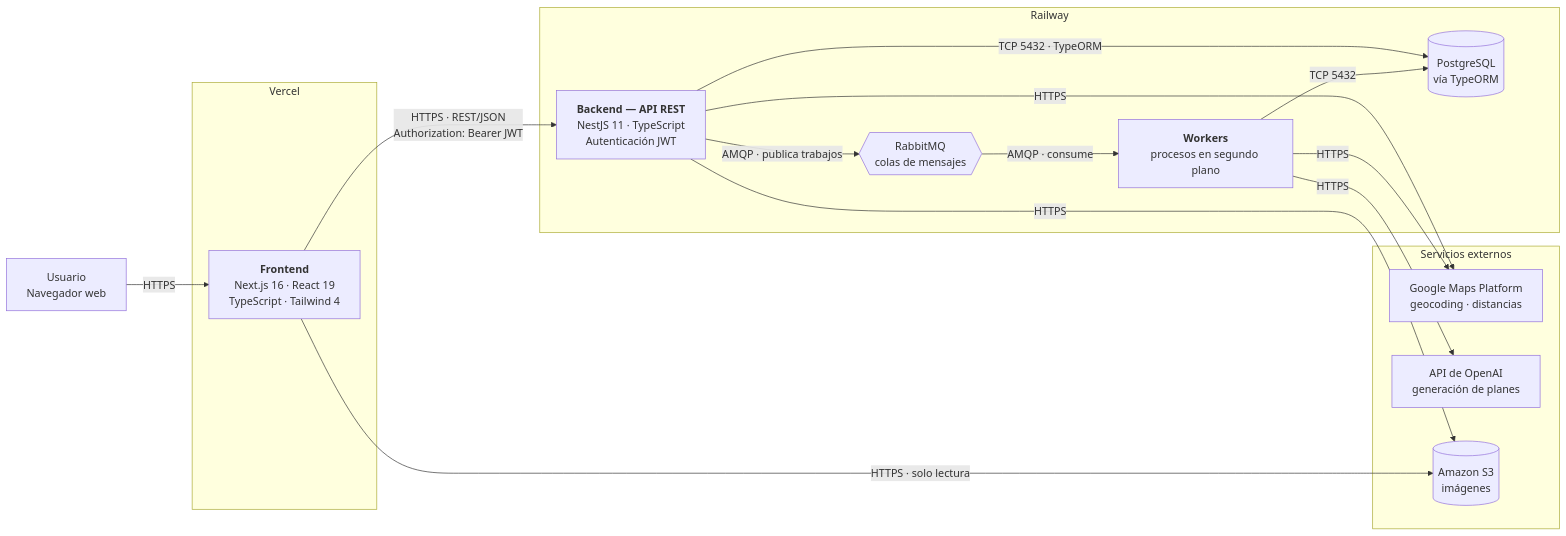
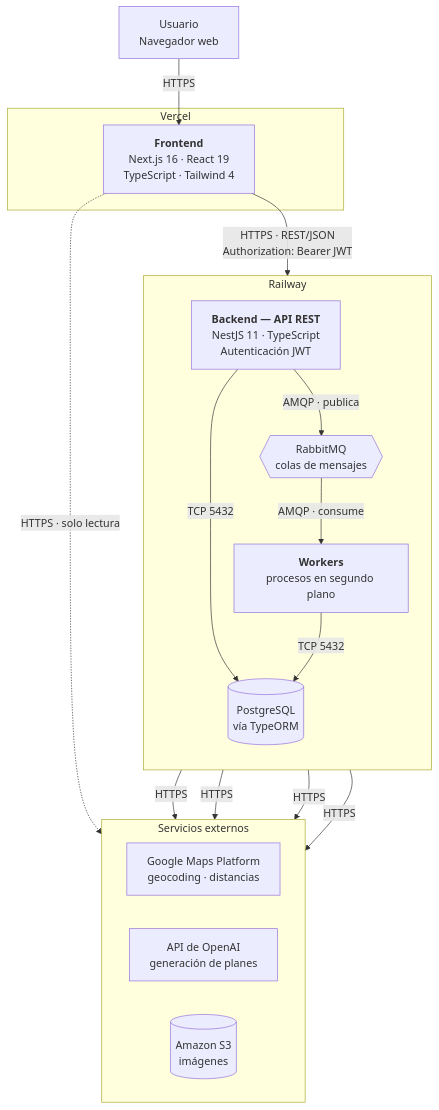
Before and after one commit to SmartPlan-UTN/SmartPlan-front: the diagram in skills/05-arquitectura/SKILL.md, drawn with Mermaid. The commit also changed other lines of this file, not shown here.

Commit message:
Reorientar el diagrama de arquitectura a vertical para que sea legible impreso

````diff
--- a/skills/05-arquitectura/SKILL.md
+++ b/skills/05-arquitectura/SKILL.md
@@ -22,33 +22,35 @@
 ```mermaid
-flowchart LR
+flowchart TB
     U["Usuario<br/>Navegador web"]
 
     subgraph vercel["Vercel"]
         FE["<b>Frontend</b><br/>Next.js 16 · React 19<br/>TypeScript · Tailwind 4"]
     end
 
     subgraph railway["Railway"]
+        direction TB
         BE["<b>Backend — API REST</b><br/>NestJS 11 · TypeScript<br/>Autenticación JWT"]
+        MQ{{"RabbitMQ<br/>colas de mensajes"}}
         WK["<b>Workers</b><br/>procesos en segundo plano"]
-        MQ{{"RabbitMQ<br/>colas de mensajes"}}
         DB[("PostgreSQL<br/>vía TypeORM")]
     end
 
     subgraph ext["Servicios externos"]
+        direction LR
         GM["Google Maps Platform<br/>geocoding · distancias"]
         AI["API de OpenAI<br/>generación de planes"]
         S3[("Amazon S3<br/>imágenes")]
     end
 
     U -->|HTTPS| FE
     FE -->|"HTTPS · REST/JSON<br/>Authorization: Bearer JWT"| BE
-    BE -->|"TCP 5432 · TypeORM"| DB
-    BE -->|"AMQP · publica trabajos"| MQ
+    BE -->|"AMQP · publica"| MQ
     MQ -->|"AMQP · consume"| WK
+    BE -->|"TCP 5432"| DB
     WK -->|"TCP 5432"| DB
     BE -->|HTTPS| GM
+    BE -->|HTTPS| S3
     WK -->|HTTPS| GM
     WK -->|HTTPS| AI
-    BE -->|HTTPS| S3
-    FE -->|"HTTPS · solo lectura"| S3
+    FE -.->|"HTTPS · solo lectura"| S3
 ```
````
